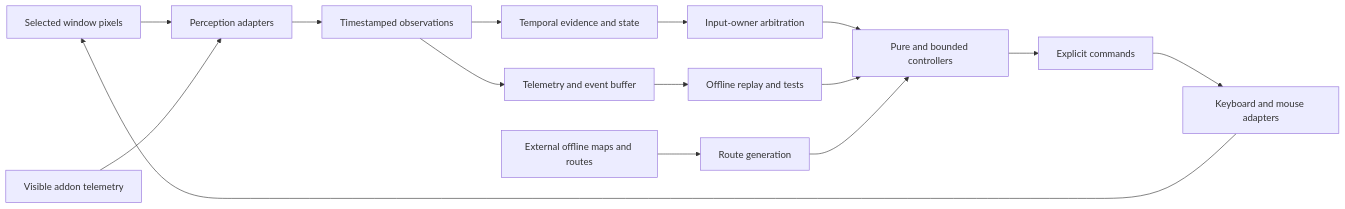
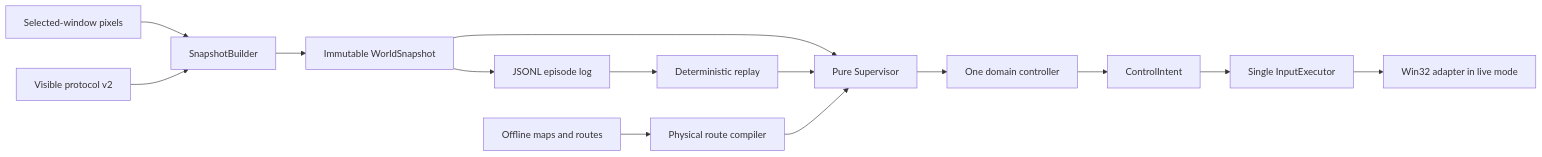
One commit to niczapol/screen-only-visual-agent changed the diagram in README.md. Above: the diagram before and after it, drawn with Mermaid. The commit also changed other lines of this file and 80 other files, not shown here.

Commit message:
feat: publish deterministic v0.9 architecture

````diff
--- a/README.md
+++ b/README.md
@@ -41,17 +50,16 @@
 ```mermaid
 flowchart LR
-    A[Selected window pixels] --> B[Perception adapters]
-    V[Visible addon telemetry] --> B
-    B --> C[Timestamped observations]
-    C --> D[Temporal evidence and state]
-    D --> E[Input-owner arbitration]
-    E --> F[Pure and bounded controllers]
-    F --> G[Explicit commands]
-    G --> H[Keyboard and mouse adapters]
-    H --> A
-    C --> I[Telemetry and event buffer]
-    I --> J[Offline replay and tests]
-    J --> F
-    K[External offline maps and routes] --> L[Route generation]
-    L --> F
+    A[Selected-window pixels] --> B[SnapshotBuilder]
+    V[Visible protocol v2] --> B
+    B --> C[Immutable WorldSnapshot]
+    C --> D[Pure Supervisor]
+    D --> E[One domain controller]
+    E --> F[ControlIntent]
+    F --> G[Single InputExecutor]
+    G --> H[Win32 adapter in live mode]
+    C --> I[JSONL episode log]
+    I --> J[Deterministic replay]
+    J --> D
+    K[Offline maps and routes] --> L[Physical route compiler]
+    L --> D
 ```
````
